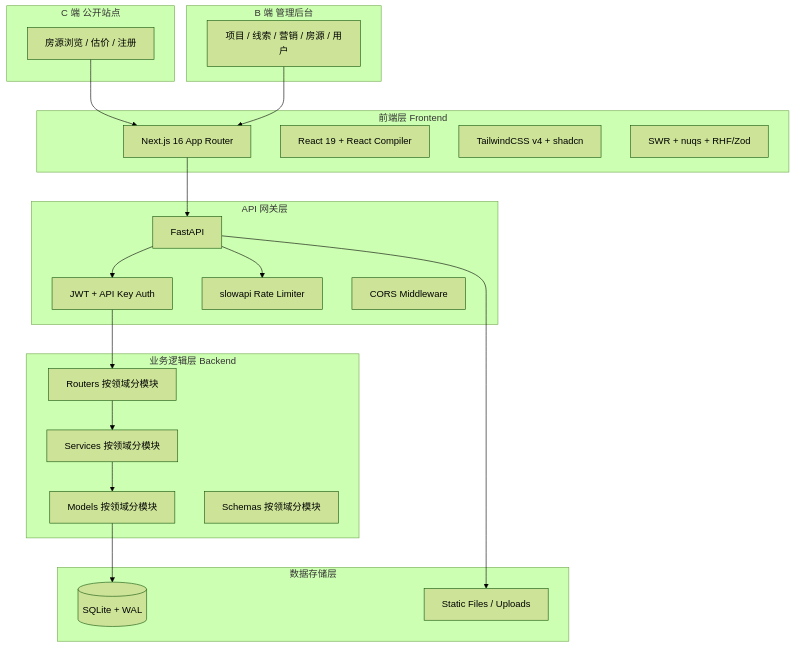
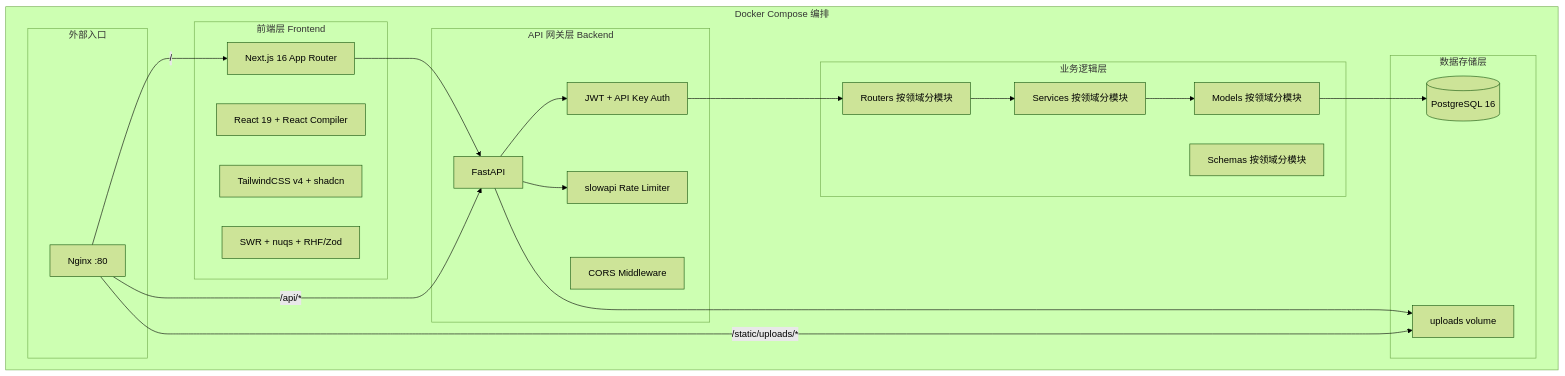
The first of 9 diagrams in README.md (kakaoxy/profo), drawn with Mermaid (forest theme) before and after one commit. The commit also changed other lines of this file and 29 other files, not shown here.

````diff
--- a/README.md
+++ b/README.md
@@ -72,42 +76,42 @@
 ```mermaid
 graph TB
-    subgraph "C 端 公开站点"
-        C1[房源浏览 / 估价 / 注册]
-    end
-    subgraph "B 端 管理后台"
-        B1[项目 / 线索 / 营销 / 房源 / 用户]
-    end
-    subgraph "前端层 Frontend"
-        A[Next.js 16 App Router]
-        B[React 19 + React Compiler]
-        C[TailwindCSS v4 + shadcn]
-        D[SWR + nuqs + RHF/Zod]
-    end
-    subgraph "API 网关层"
-        F[FastAPI]
-        G[JWT + API Key Auth]
-        H[slowapi Rate Limiter]
-        I[CORS Middleware]
-    end
-    subgraph "业务逻辑层 Backend"
-        J[Routers 按领域分模块]
-        K[Services 按领域分模块]
-        L[Models 按领域分模块]
-        M[Schemas 按领域分模块]
-    end
-    subgraph "数据存储层"
-        N[(SQLite + WAL)]
-        O[Static Files / Uploads]
+    subgraph "Docker Compose 编排"
+        subgraph "外部入口"
+            NX[Nginx :80]
+        end
+        subgraph "前端层 Frontend"
+            A[Next.js 16 App Router]
+            B[React 19 + React Compiler]
+            C[TailwindCSS v4 + shadcn]
+            D[SWR + nuqs + RHF/Zod]
+        end
+        subgraph "API 网关层 Backend"
+            F[FastAPI]
+            G[JWT + API Key Auth]
+            H[slowapi Rate Limiter]
+            I[CORS Middleware]
+        end
+        subgraph "业务逻辑层"
+            J[Routers 按领域分模块]
+            K[Services 按领域分模块]
+            L[Models 按领域分模块]
+            M[Schemas 按领域分模块]
+        end
+        subgraph "数据存储层"
+            N[(PostgreSQL 16)]
+            O[uploads volume]
+        end
     end
 
-    C1 --> A
-    B1 --> A
+    NX -->|/api/*| F
+    NX -->|/static/uploads/*| O
+    NX -->|/| A
     A --> F
     F --> G
     F --> H
     G --> J
     J --> K
     K --> L
     L --> N
     F --> O
 ```
````
